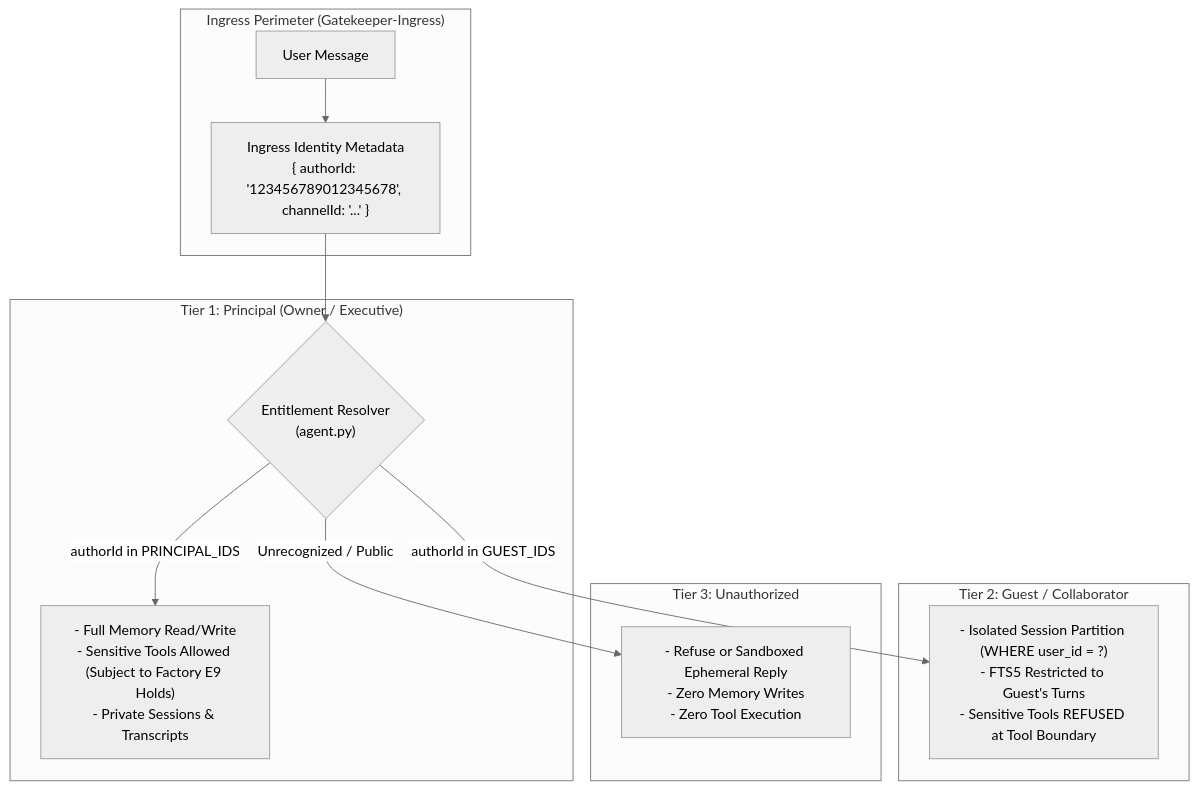
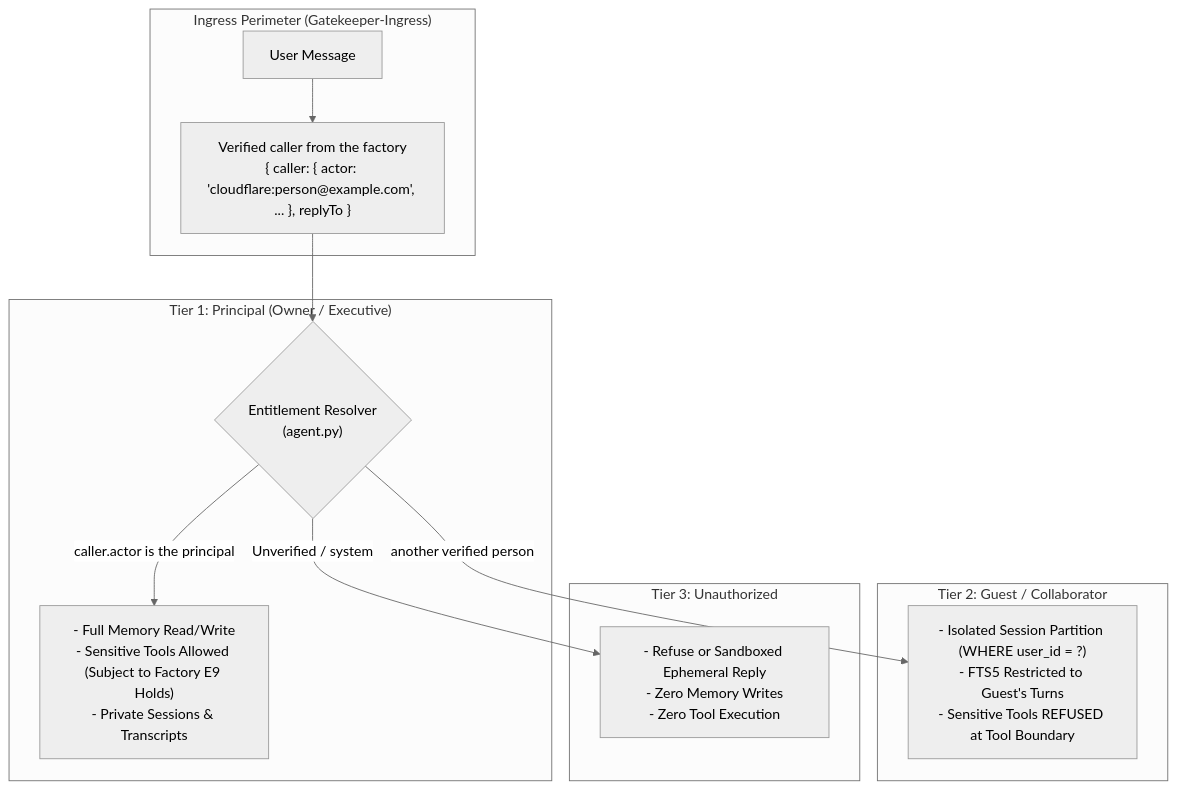
One commit to BeerCanLabs/agent-factory changed the fourth of 4 diagrams in docs/architecture/agent-memory-models.md. Above: the diagram before and after it, drawn with Mermaid (neutral theme). The commit also changed other lines of this file and 1 other file, not shown here.

First line of the commit message:
docs(memory): the agent memory guide describes AM1-AM5 (GAP-179, TSK-247)

````diff
--- a/docs/architecture/agent-memory-models.md
+++ b/docs/architecture/agent-memory-models.md
@@ -330,20 +314,20 @@
 ```mermaid
 flowchart TD
     subgraph Ingress["Ingress Perimeter (Gatekeeper-Ingress)"]
-        UserMsg["User Message"] --> Metadata["Ingress Identity Metadata\n{ authorId: '123456789012345678', channelId: '...' }"]
+        UserMsg["User Message"] --> Metadata["Verified caller from the factory\n{ caller: { actor: 'cloudflare:person@example.com', ... }, replyTo }"]
     end
 
     Metadata --> Dispatcher{"Entitlement Resolver\n(agent.py)"}
 
     subgraph PrincipalPath["Tier 1: Principal (Owner / Executive)"]
-        Dispatcher -- "authorId in PRINCIPAL_IDS" --> P_Perms["- Full Memory Read/Write\n- Sensitive Tools Allowed (Subject to Factory E9 Holds)\n- Private Sessions & Transcripts"]
+        Dispatcher -- "caller.actor is the principal" --> P_Perms["- Full Memory Read/Write\n- Sensitive Tools Allowed (Subject to Factory E9 Holds)\n- Private Sessions & Transcripts"]
     end
 
     subgraph GuestPath["Tier 2: Guest / Collaborator"]
-        Dispatcher -- "authorId in GUEST_IDS" --> G_Perms["- Isolated Session Partition (WHERE user_id = ?)\n- FTS5 Restricted to Guest's Turns\n- Sensitive Tools REFUSED at Tool Boundary"]
+        Dispatcher -- "another verified person" --> G_Perms["- Isolated Session Partition (WHERE user_id = ?)\n- FTS5 Restricted to Guest's Turns\n- Sensitive Tools REFUSED at Tool Boundary"]
     end
 
     subgraph UnauthorizedPath["Tier 3: Unauthorized"]
-        Dispatcher -- "Unrecognized / Public" --> U_Perms["- Refuse or Sandboxed Ephemeral Reply\n- Zero Memory Writes\n- Zero Tool Execution"]
+        Dispatcher -- "Unverified / system" --> U_Perms["- Refuse or Sandboxed Ephemeral Reply\n- Zero Memory Writes\n- Zero Tool Execution"]
     end
 ```
````
